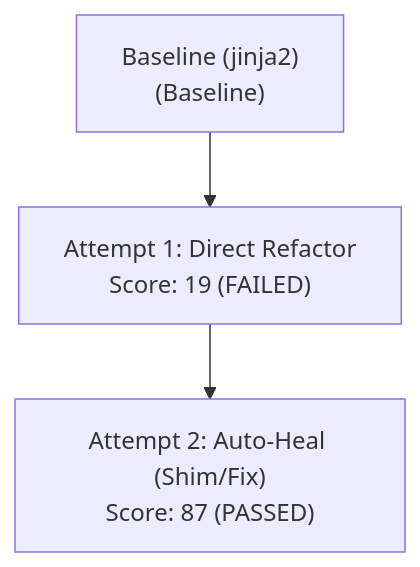
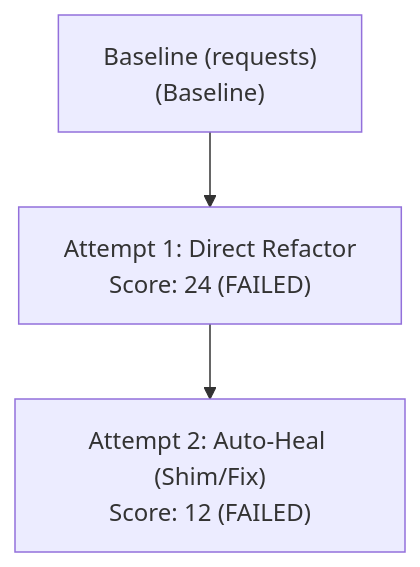
Before and after one commit to Aarya-2601/H26_Heckers_Kavach: the diagram in CAPSULE.md, drawn with Mermaid. The commit also changed other lines of this file and 3 other files, not shown here.

Commit message:
docs(capsule): update verified capsule and decision tree diagram from live run

````diff
--- a/CAPSULE.md
+++ b/CAPSULE.md
@@ -16,10 +16,10 @@
 ```mermaid
 graph TD
-    node_0["Baseline (jinja2)<br/>(Baseline)"]
-    node_1["Attempt 1: Direct Refactor<br/>Score: 19 (FAILED)"]
+    node_0["Baseline (requests)<br/>(Baseline)"]
+    node_1["Attempt 1: Direct Refactor<br/>Score: 24 (FAILED)"]
     node_0 --> node_1
-    node_2["Attempt 2: Auto-Heal (Shim/Fix)<br/>Score: 87 (PASSED)"]
+    node_2["Attempt 2: Auto-Heal (Shim/Fix)<br/>Score: 12 (FAILED)"]
     node_1 --> node_2
     classDef passed fill:#2ea44f,stroke:#22863a,color:#fff;
     classDef failed fill:#cb2431,stroke:#b31d28,color:#fff;
 ```
````
